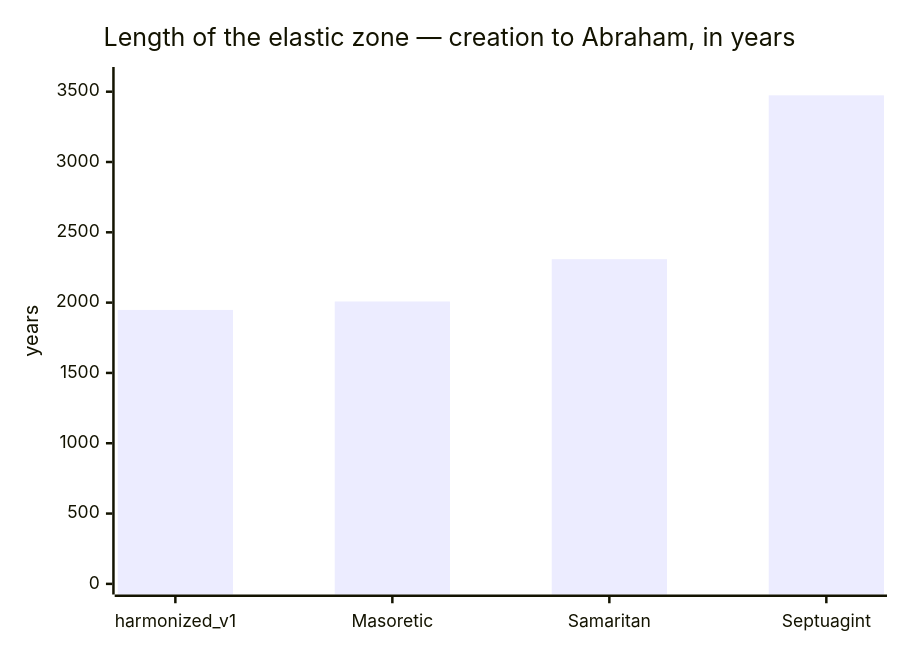
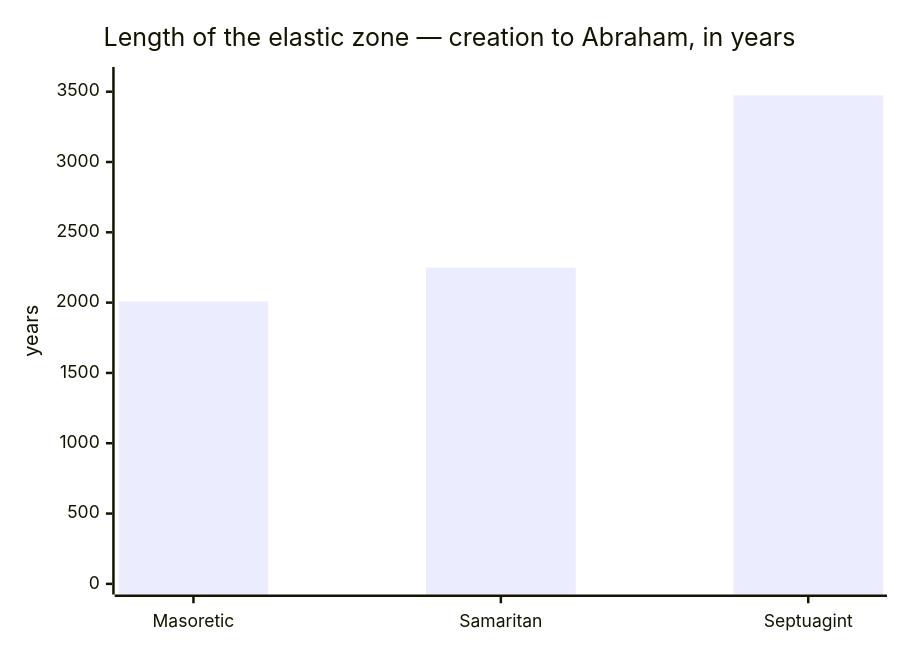
The third of 3 diagrams in docs/content/last-things/combined-timeline.md (ding0t/bible_studies), drawn with Mermaid before and after one commit. The commit also changed other lines of this file and 23 other files, not shown here.

````diff
--- a/docs/content/last-things/combined-timeline.md
+++ b/docs/content/last-things/combined-timeline.md
@@ -103,7 +108,7 @@
 ```mermaid
 xychart-beta
     title "Length of the elastic zone — creation to Abraham, in years"
-    x-axis ["harmonized_v1", "Masoretic", "Samaritan", "Septuagint"]
+    x-axis ["Masoretic", "Samaritan", "Septuagint"]
     y-axis "years" 0 --> 3600
-    bar [1948, 2008, 2309, 3474]
+    bar [2008, 2249, 3474]
 ```
````
